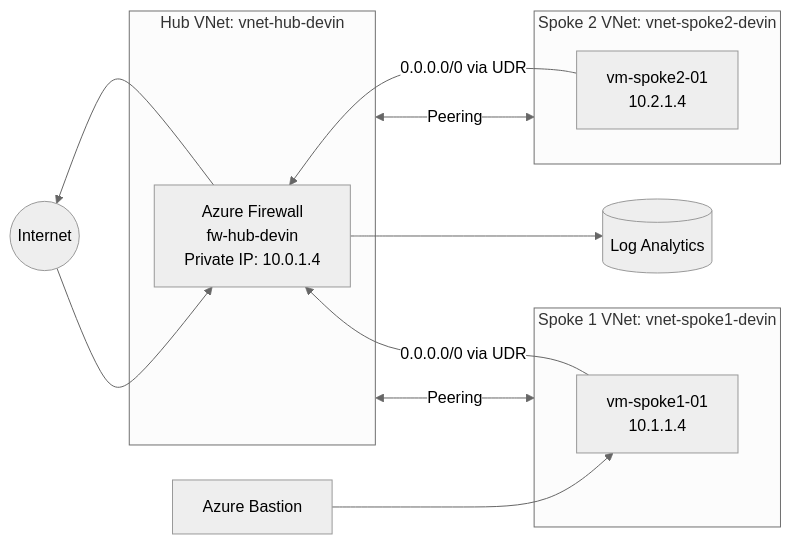
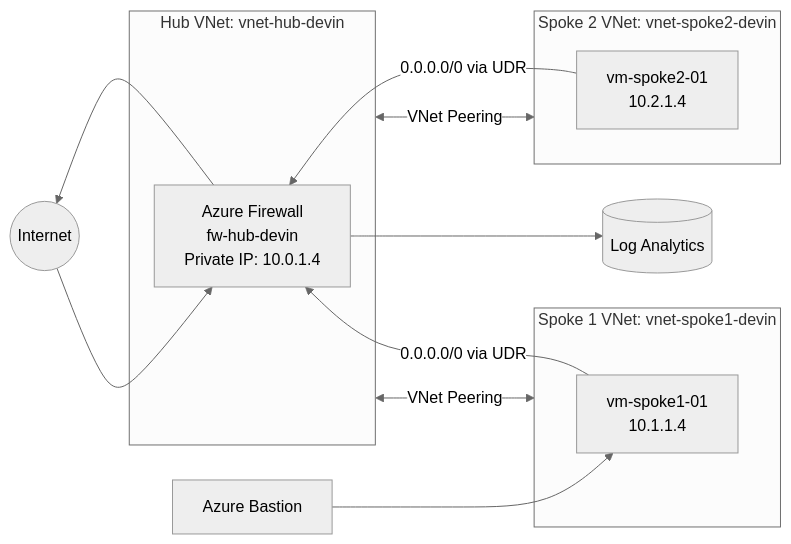
The diagram in week-17-hub-spoke-azure-firewall/README.md (devinlaws50-wq/cyber-notes), drawn with Mermaid (neutral theme) before and after one commit. The commit also changed other lines of this file, not shown here.

````diff
--- a/week-17-hub-spoke-azure-firewall/README.md
+++ b/week-17-hub-spoke-azure-firewall/README.md
@@ -9,29 +18,29 @@
 ```mermaid
 flowchart LR
     Internet((Internet))
     LA[(Log Analytics)]
     Bastion[Azure Bastion]
 
     subgraph Hub["Hub VNet: vnet-hub-devin"]
         FW[Azure Firewall<br/>fw-hub-devin<br/>Private IP: 10.0.1.4]
     end
 
     subgraph Spoke1["Spoke 1 VNet: vnet-spoke1-devin"]
         VM1[vm-spoke1-01<br/>10.1.1.4]
     end
 
     subgraph Spoke2["Spoke 2 VNet: vnet-spoke2-devin"]
         VM2[vm-spoke2-01<br/>10.2.1.4]
     end
 
     VM1 -->|0.0.0.0/0 via UDR| FW
     VM2 -->|0.0.0.0/0 via UDR| FW
     FW --> Internet
     Internet --> FW
 
     Bastion --> VM1
     FW --> LA
 
-    Hub <-- Peering --> Spoke1
-    Hub <-- Peering --> Spoke2
+    Hub <-->|VNet Peering| Spoke1
+    Hub <-->|VNet Peering| Spoke2
 ```
````
